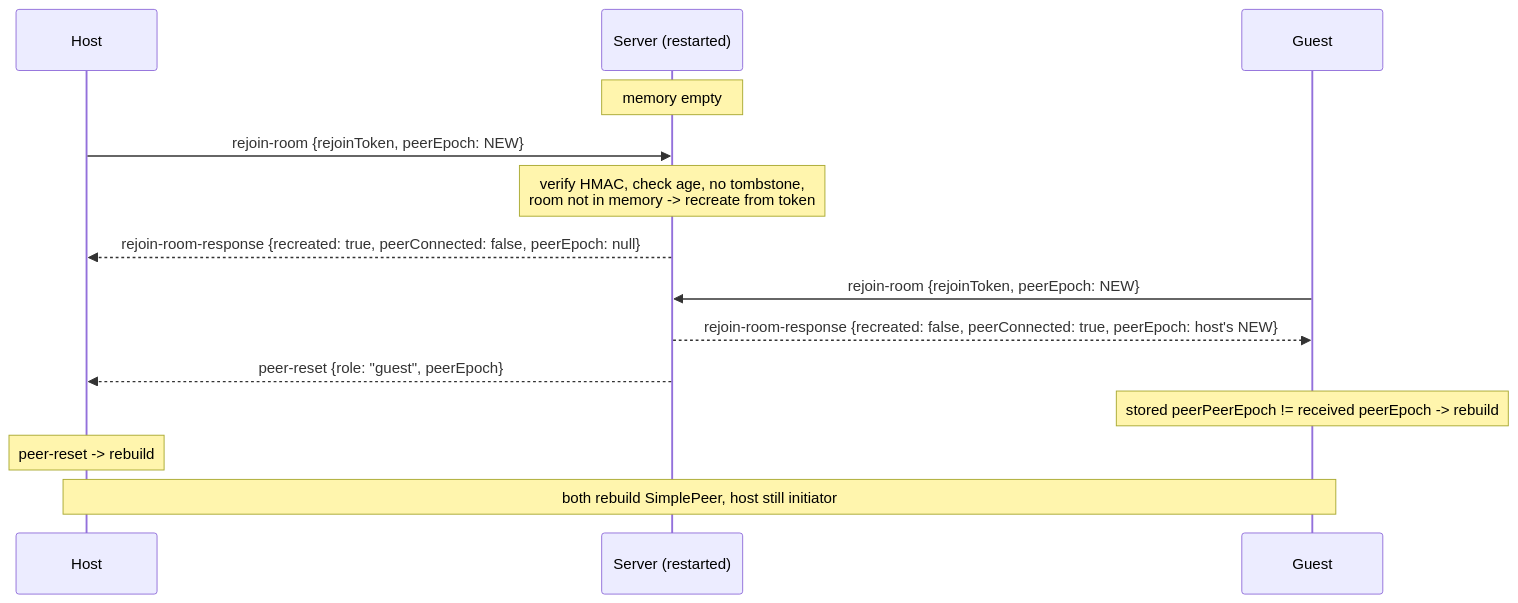
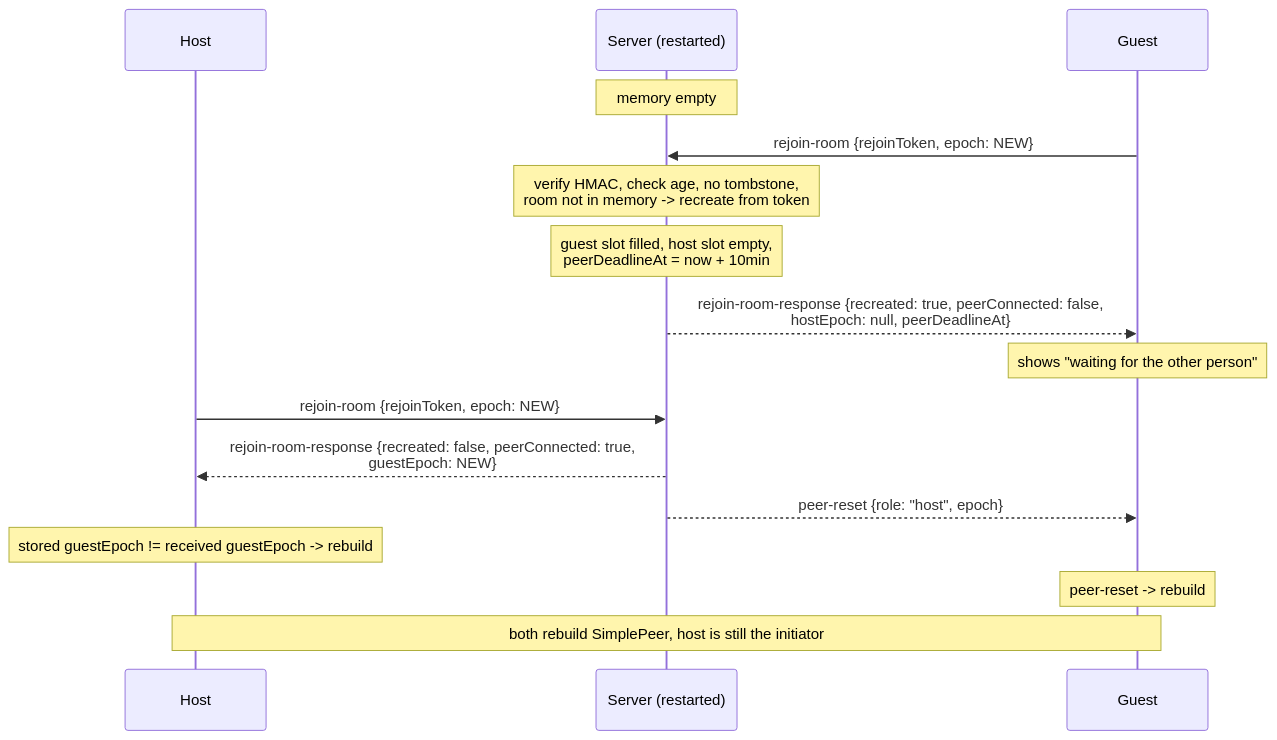
Before and after one commit to kku1993/simple-webrtc: the second of 2 diagrams in docs/DESIGN.md, drawn with Mermaid. The commit also changed other lines of this file, not shown here.

````diff
--- a/docs/DESIGN.md
+++ b/docs/DESIGN.md
@@ -600,17 +699,20 @@
 ```mermaid
 sequenceDiagram
     participant H as Host
     participant S as Server (restarted)
     participant G as Guest
 
     Note over S: memory empty
-    H->>S: rejoin-room {rejoinToken, peerEpoch: NEW}
+    G->>S: rejoin-room {rejoinToken, epoch: NEW}
     Note over S: verify HMAC, check age, no tombstone,<br/>room not in memory -> recreate from token
-    S-->>H: rejoin-room-response {recreated: true, peerConnected: false, peerEpoch: null}
-    G->>S: rejoin-room {rejoinToken, peerEpoch: NEW}
-    S-->>G: rejoin-room-response {recreated: false, peerConnected: true, peerEpoch: host's NEW}
-    S-->>H: peer-reset {role: "guest", peerEpoch}
-    Note over G: stored peerPeerEpoch != received peerEpoch -> rebuild
-    Note over H: peer-reset -> rebuild
-    Note over H,G: both rebuild SimplePeer, host still initiator
+    Note over S: guest slot filled, host slot empty,<br/>peerDeadlineAt = now + 10min
+    S-->>G: rejoin-room-response {recreated: true, peerConnected: false,<br/>hostEpoch: null, peerDeadlineAt}
+    Note over G: shows "waiting for the other person"
+
+    H->>S: rejoin-room {rejoinToken, epoch: NEW}
+    S-->>H: rejoin-room-response {recreated: false, peerConnected: true,<br/>guestEpoch: NEW}
+    S-->>G: peer-reset {role: "host", epoch}
+    Note over H: stored guestEpoch != received guestEpoch -> rebuild
+    Note over G: peer-reset -> rebuild
+    Note over H,G: both rebuild SimplePeer, host is still the initiator
 ```
````
